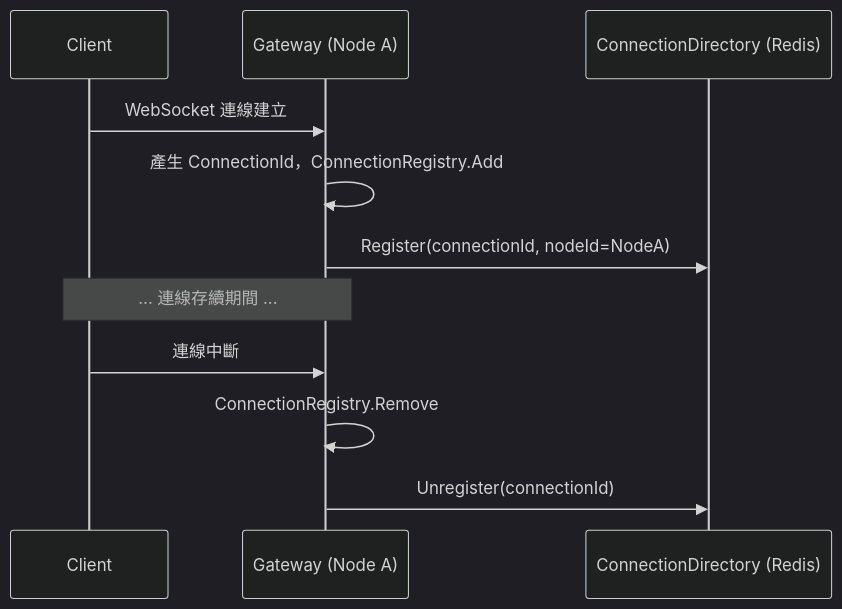
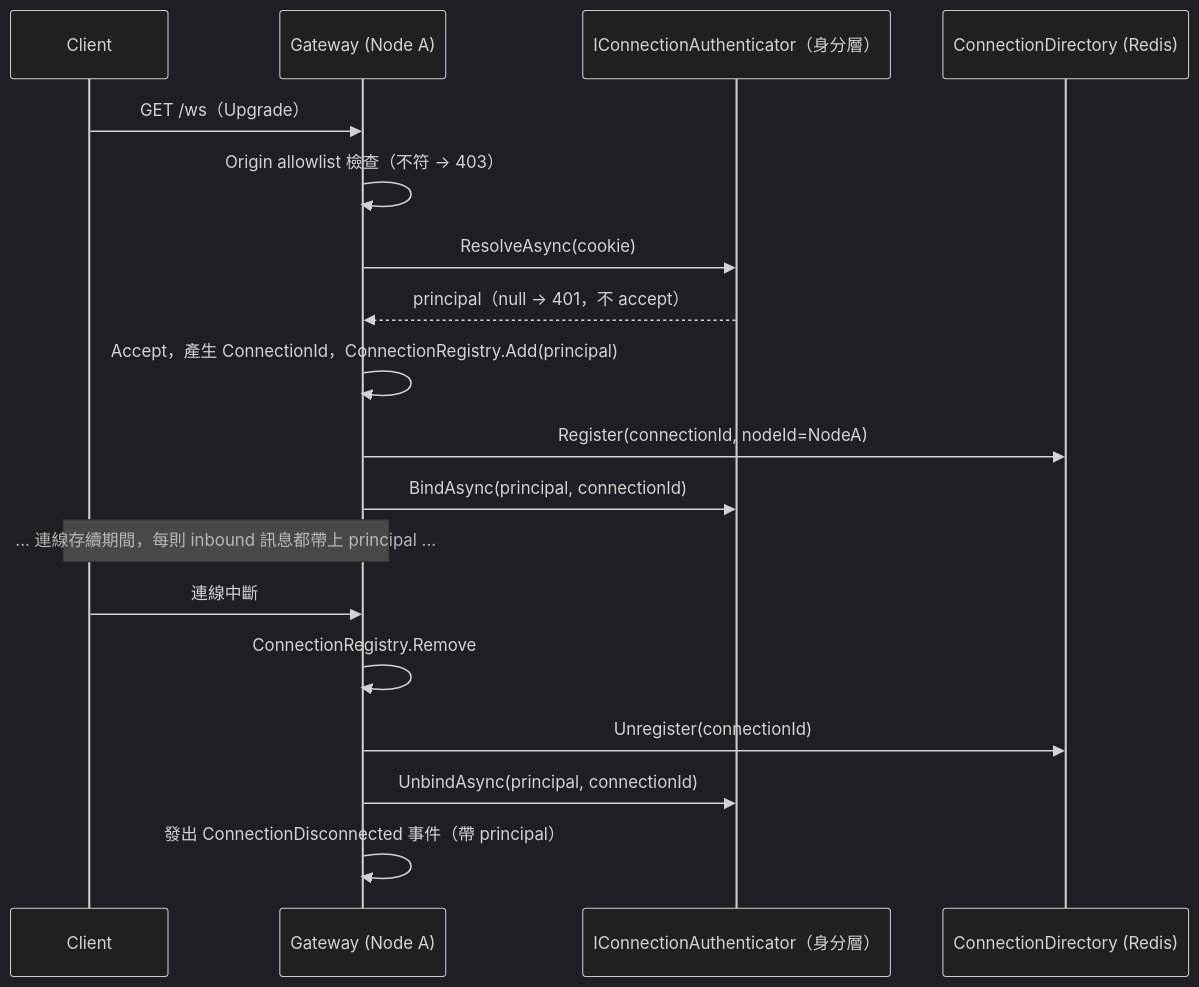
The second of 4 diagrams in docs/architecture/connection-layer.md (yggdrasill-dev/ChatSystem), drawn with Mermaid (dark theme) before and after one commit. The commit also changed other lines of this file and 4 other files, not shown here.

First line of the commit message:
docs(identity-layer): 身分驗證改到 WebSocket handshake，同步修訂連線/協定/房間層

````diff
--- a/docs/architecture/connection-layer.md
+++ b/docs/architecture/connection-layer.md
@@ -111,14 +116,21 @@
 ```mermaid
 sequenceDiagram
     participant C as Client
     participant GW as Gateway (Node A)
+    participant CA as IConnectionAuthenticator（身分層）
     participant CD as ConnectionDirectory (Redis)
 
-    C->>GW: WebSocket 連線建立
-    GW->>GW: 產生 ConnectionId，ConnectionRegistry.Add
+    C->>GW: GET /ws（Upgrade）
+    GW->>GW: Origin allowlist 檢查（不符 → 403）
+    GW->>CA: ResolveAsync(cookie)
+    CA-->>GW: principal（null → 401，不 accept）
+    GW->>GW: Accept，產生 ConnectionId，ConnectionRegistry.Add(principal)
     GW->>CD: Register(connectionId, nodeId=NodeA)
-    Note over C,GW: ... 連線存續期間 ...
+    GW->>CA: BindAsync(principal, connectionId)
+    Note over C,GW: ... 連線存續期間，每則 inbound 訊息都帶上 principal ...
     C->>GW: 連線中斷
     GW->>GW: ConnectionRegistry.Remove
     GW->>CD: Unregister(connectionId)
+    GW->>CA: UnbindAsync(principal, connectionId)
+    GW->>GW: 發出 ConnectionDisconnected 事件（帶 principal）
 ```
````
